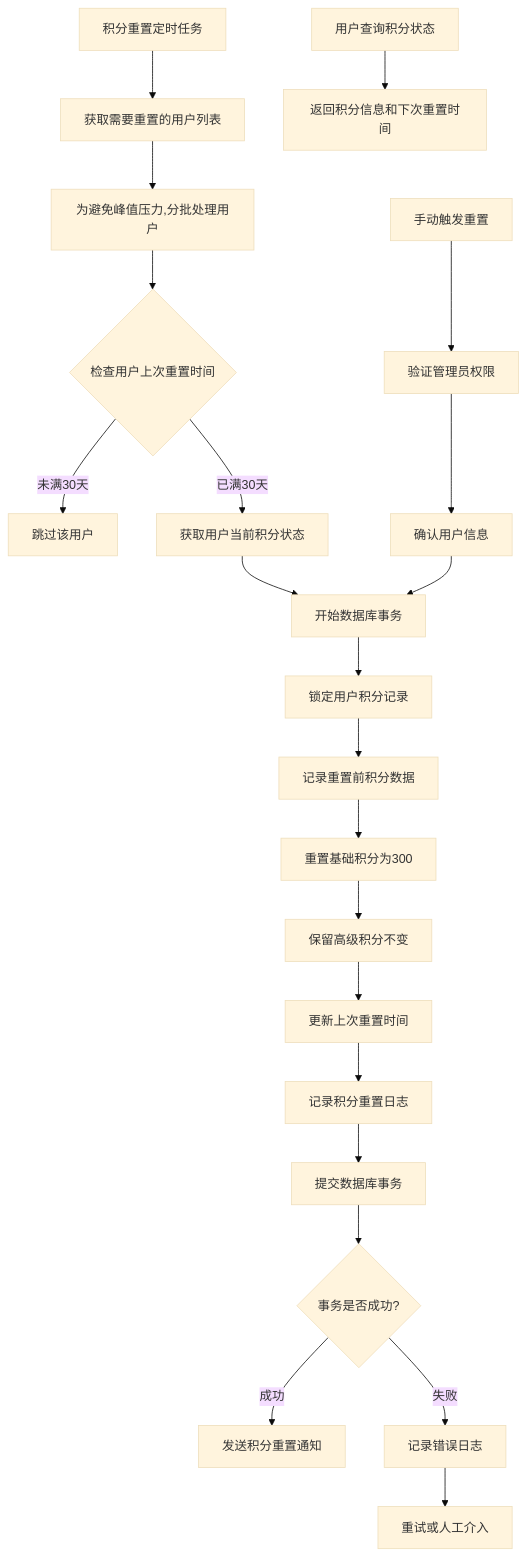
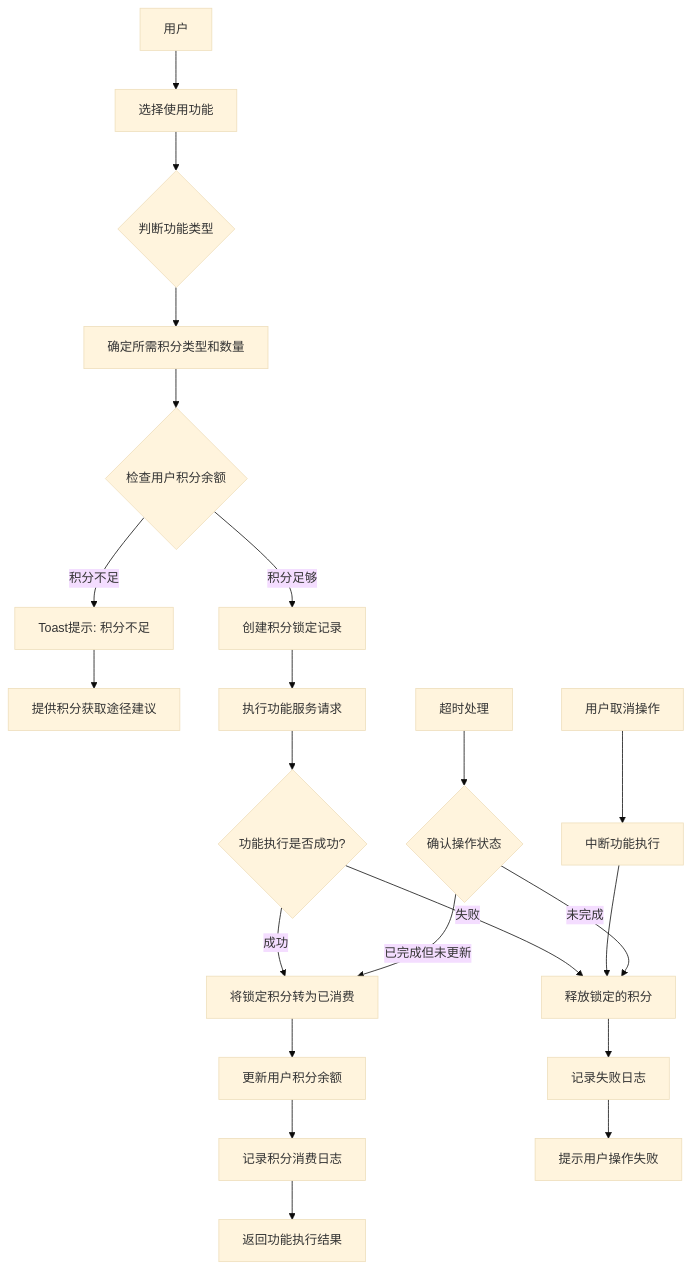
The diagram in all/未命名-65.md (yingjianzh/iodraw-files), drawn with Mermaid (base theme) before and after one commit.

Commit message:
2025-05-22 14:11:14 update

````diff
--- a/all/未命名-65.md
+++ b/all/未命名-65.md
@@ -1,31 +1,30 @@
 ```mermaid
 flowchart TD
-    A[积分重置定时任务] --> B[获取需要重置的用户列表]
-    B --> C[为避免峰值压力,分批处理用户]
+    A[用户] --> B[选择使用功能]
+    B --> C{判断功能类型}
+    C --> D[确定所需积分类型和数量]
+    D --> E{检查用户积分余额}
     
-    C --> D{检查用户上次重置时间}
-    D -->|未满30天| E[跳过该用户]
-    D -->|已满30天| F[获取用户当前积分状态]
+    E -->|积分不足| F[Toast提示: 积分不足]
+    F --> G[提供积分获取途径建议]
     
-    F --> G[开始数据库事务]
-    G --> H[锁定用户积分记录]
-    H --> I[记录重置前积分数据]
+    E -->|积分足够| H[创建积分锁定记录]
+    H --> I[执行功能服务请求]
     
-    I --> J[重置基础积分为300]
-    J --> K[保留高级积分不变]
-    K --> L[更新上次重置时间]
+    I --> J{功能执行是否成功?}
+    J -->|成功| K[将锁定积分转为已消费]
+    K --> L[更新用户积分余额]
+    L --> M[记录积分消费日志]
+    M --> N[返回功能执行结果]
     
-    L --> M[记录积分重置日志]
-    M --> N[提交数据库事务]
+    J -->|失败| O[释放锁定的积分]
+    O --> P[记录失败日志]
+    P --> Q[提示用户操作失败]
     
-    N --> O{事务是否成功?}
-    O -->|成功| P[发送积分重置通知]
-    O -->|失败| Q[记录错误日志]
-    Q --> R[重试或人工介入]
+    R[用户取消操作] --> S[中断功能执行]
+    S --> O
     
-    S[手动触发重置] --> T[验证管理员权限]
-    T --> U[确认用户信息]
-    U --> G
-    
-    V[用户查询积分状态] --> W[返回积分信息和下次重置时间]
+    T[超时处理] --> U{确认操作状态}
+    U -->|已完成但未更新| K
+    U -->|未完成| O
 ```
````
